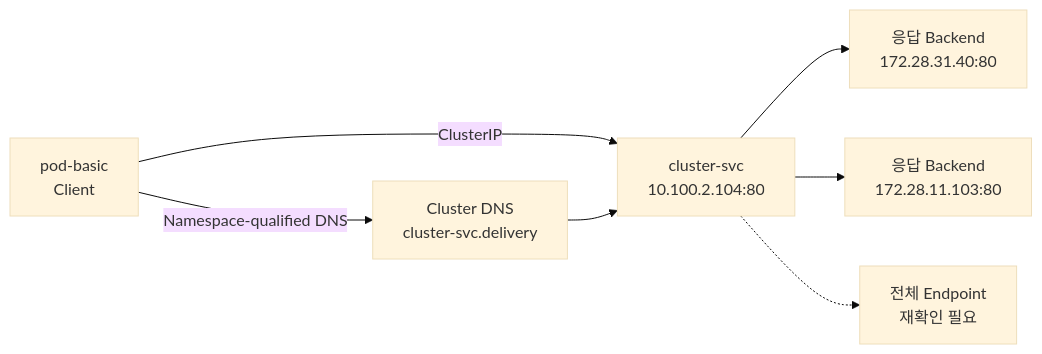
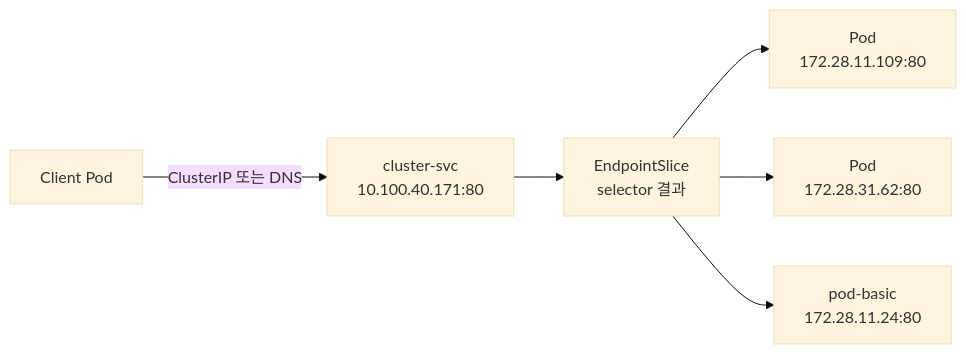
Before and after one commit to Unoh03/Obsi3: the diagram in 10_학습 노트/클라우드/Kubernetes/Lab_EKS Service 기초 실습.md, drawn with Mermaid (base theme). The commit also changed other lines of this file, not shown here.

````diff
--- a/10_학습 노트/클라우드/Kubernetes/Lab_EKS Service 기초 실습.md
+++ b/10_학습 노트/클라우드/Kubernetes/Lab_EKS Service 기초 실습.md
@@ -299,16 +291,15 @@
 ```mermaid
 flowchart LR
-    C["pod-basic<br/>Client"]
-    D["Cluster DNS<br/>cluster-svc.delivery"]
-    S["cluster-svc<br/>10.100.2.104:80"]
-    P1["응답 Backend<br/>172.28.31.40:80"]
-    P2["응답 Backend<br/>172.28.11.103:80"]
-    U["전체 Endpoint<br/>재확인 필요"]
+    C["Client Pod"]
+    S["cluster-svc<br/>10.100.40.171:80"]
+    E["EndpointSlice<br/>selector 결과"]
+    P1["Pod<br/>172.28.11.109:80"]
+    P2["Pod<br/>172.28.31.62:80"]
+    P3["pod-basic<br/>172.28.11.24:80"]
 
-    C -->|"ClusterIP"| S
-    C -->|"Namespace-qualified DNS"| D
-    D --> S
-    S --> P1
-    S --> P2
-    S -.-> U
+    C -->|"ClusterIP 또는 DNS"| S
+    S --> E
+    E --> P1
+    E --> P2
+    E --> P3
 ```
````
